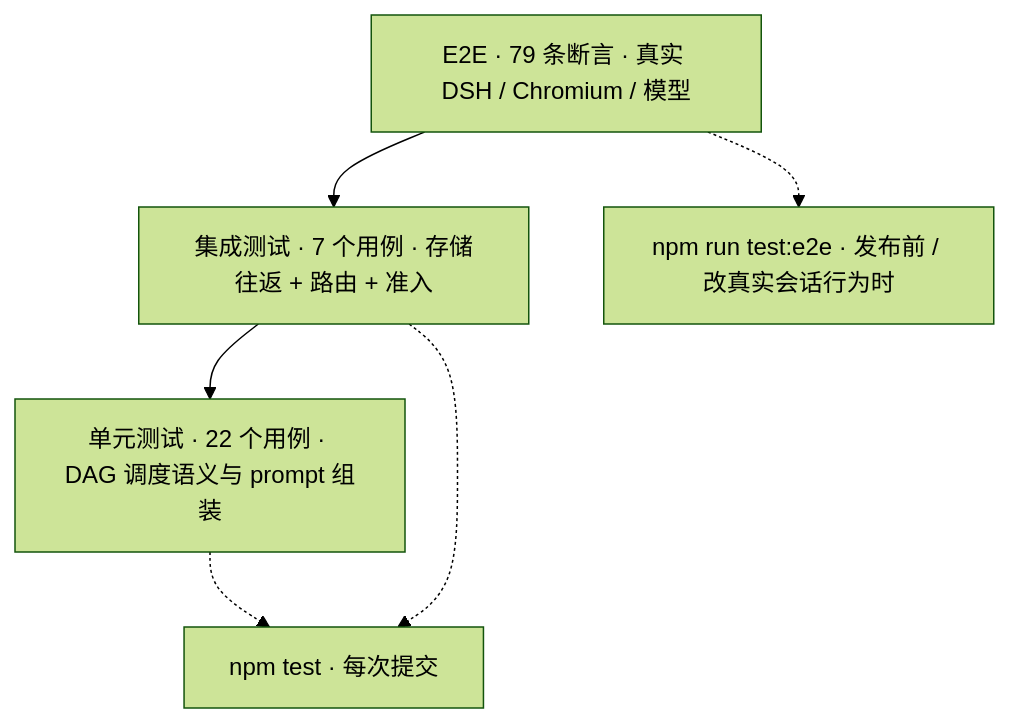
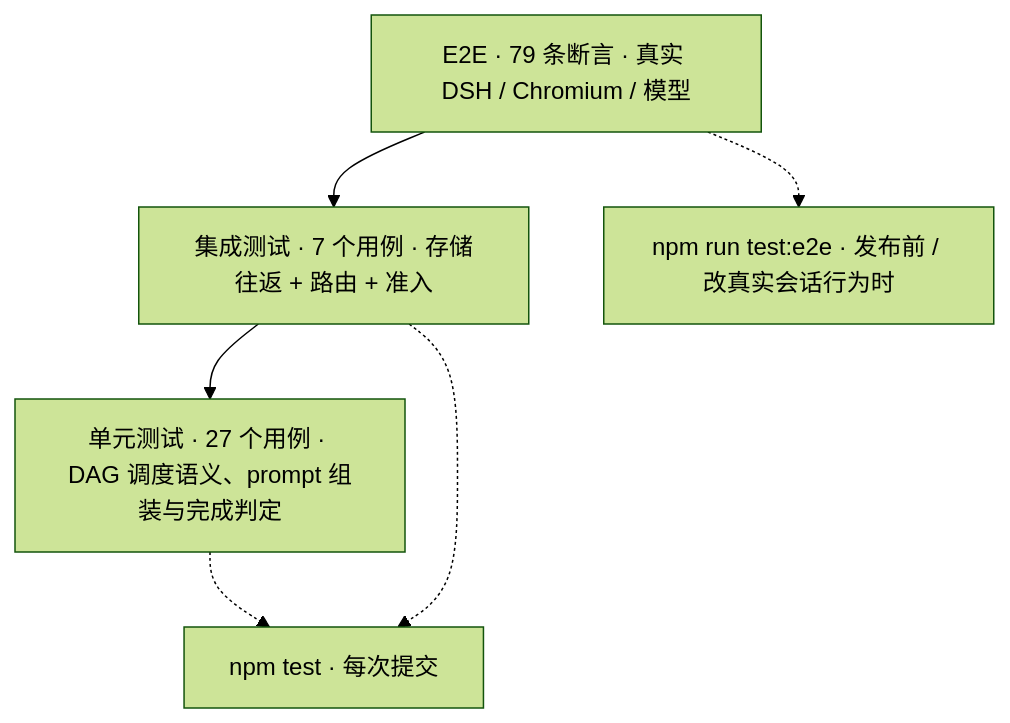
One commit to czyt1988/dsh-workflow-orchestrator changed the first of 2 diagrams in docs/dev/testing.md. Above: the diagram before and after it, drawn with Mermaid (forest theme). The commit also changed other lines of this file and 13 other files, not shown here.

````diff
--- a/docs/dev/testing.md
+++ b/docs/dev/testing.md
@@ -13,10 +13,10 @@
 ```mermaid
 flowchart TB
   A["E2E · 79 条断言 · 真实 DSH / Chromium / 模型"]
   B["集成测试 · 7 个用例 · 存储往返 + 路由 + 准入"]
-  C["单元测试 · 22 个用例 · DAG 调度语义与 prompt 组装"]
+  C["单元测试 · 27 个用例 · DAG 调度语义、prompt 组装与完成判定"]
   A --> B --> C
   C -.-> D["npm test · 每次提交"]
   B -.-> D
   A -.-> E["npm run test:e2e · 发布前 / 改真实会话行为时"]
 ```
````
